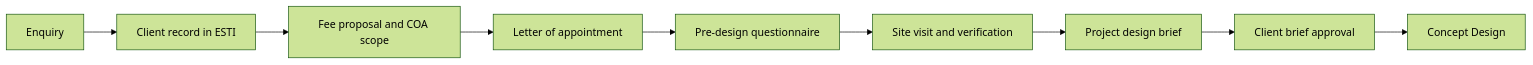
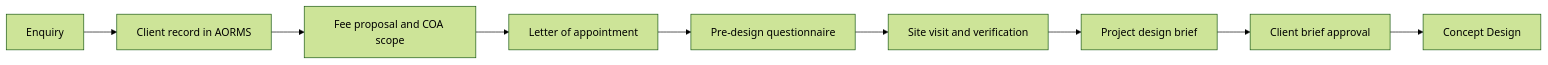
The diagram in docs/holagundi/CLIENT-ONBOARDING.md (HolagundiWorks/esti), drawn with Mermaid (forest theme) before and after one commit. The commit also changed other lines of this file and 27 other files, not shown here.

First line of the commit message:
docs: complete the AORMS/ESTI nomenclature sweep

````diff
--- a/docs/holagundi/CLIENT-ONBOARDING.md
+++ b/docs/holagundi/CLIENT-ONBOARDING.md
@@ -42,11 +42,11 @@
 ```mermaid
 flowchart LR
-  A[Enquiry] --> B[Client record in ESTI]
+  A[Enquiry] --> B[Client record in AORMS]
   B --> C[Fee proposal and COA scope]
   C --> D[Letter of appointment]
   D --> E[Pre-design questionnaire]
   E --> F[Site visit and verification]
   F --> G[Project design brief]
   G --> H[Client brief approval]
   H --> I[Concept Design]
 ```
````
